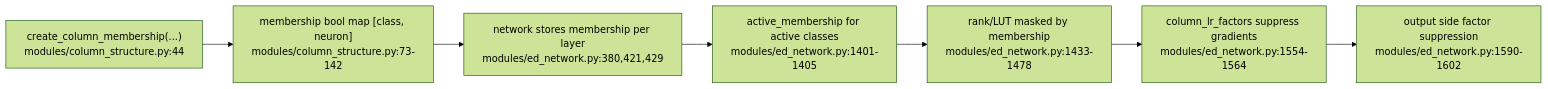
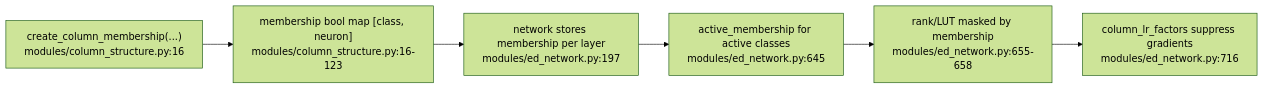
The fourth of 6 diagrams in docs/en/ed_learning_mechanism_anchors_en.md (yoiwa0714/columnar_ed_ann), drawn with Mermaid (forest theme) before and after one commit. The commit also changed other lines of this file and 7 other files, not shown here.

````diff
--- a/docs/en/ed_learning_mechanism_anchors_en.md
+++ b/docs/en/ed_learning_mechanism_anchors_en.md
@@ -88,9 +81,8 @@
 ```mermaid
 flowchart LR
-    A["create_column_membership(...)<br/>modules/column_structure.py:44"] --> B["membership bool map [class, neuron]<br/>modules/column_structure.py:73-142"]
-    B --> C["network stores membership per layer<br/>modules/ed_network.py:380,421,429"]
-    C --> D["active_membership for active classes<br/>modules/ed_network.py:1401-1405"]
-    D --> E["rank/LUT masked by membership<br/>modules/ed_network.py:1433-1478"]
-    E --> F["column_lr_factors suppress gradients<br/>modules/ed_network.py:1554-1564"]
-    F --> G["output side factor suppression<br/>modules/ed_network.py:1590-1602"]
+    A["create_column_membership(...)<br/>modules/column_structure.py:16"] --> B["membership bool map [class, neuron]<br/>modules/column_structure.py:16-123"]
+    B --> C["network stores membership per layer<br/>modules/ed_network.py:197"]
+    C --> D["active_membership for active classes<br/>modules/ed_network.py:645"]
+    D --> E["rank/LUT masked by membership<br/>modules/ed_network.py:655-658"]
+    E --> F["column_lr_factors suppress gradients<br/>modules/ed_network.py:716"]
 ```
````
